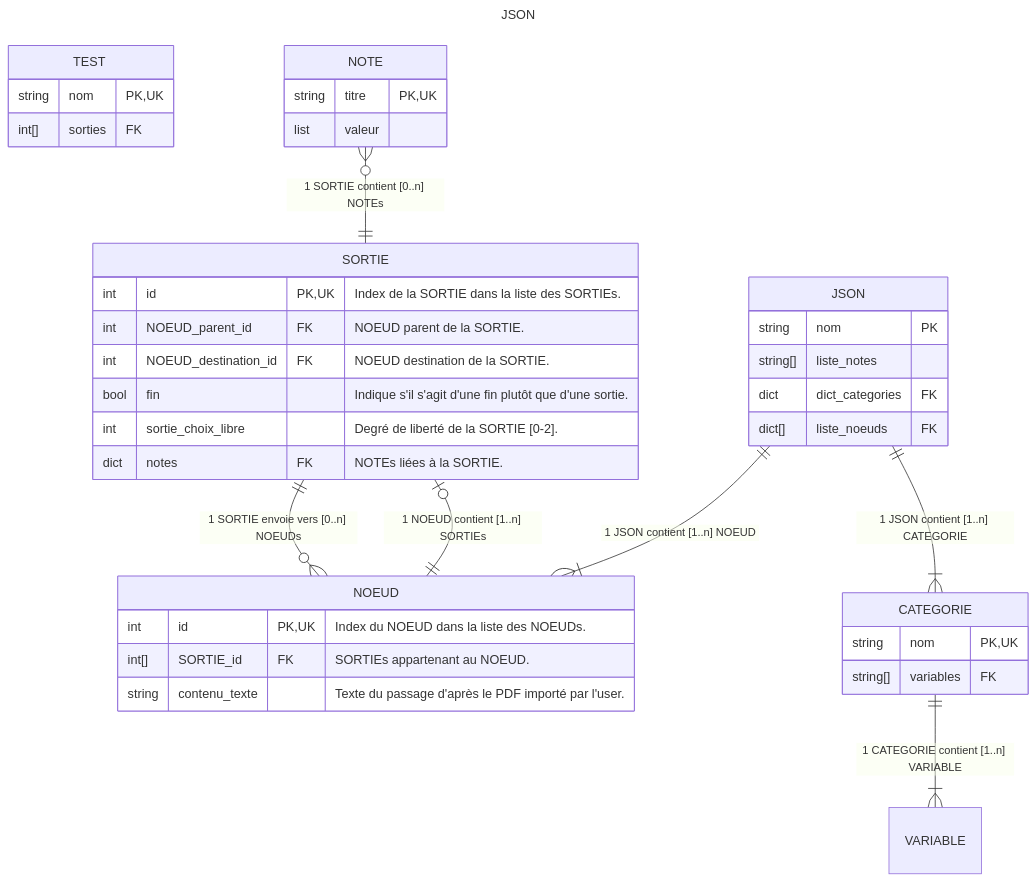
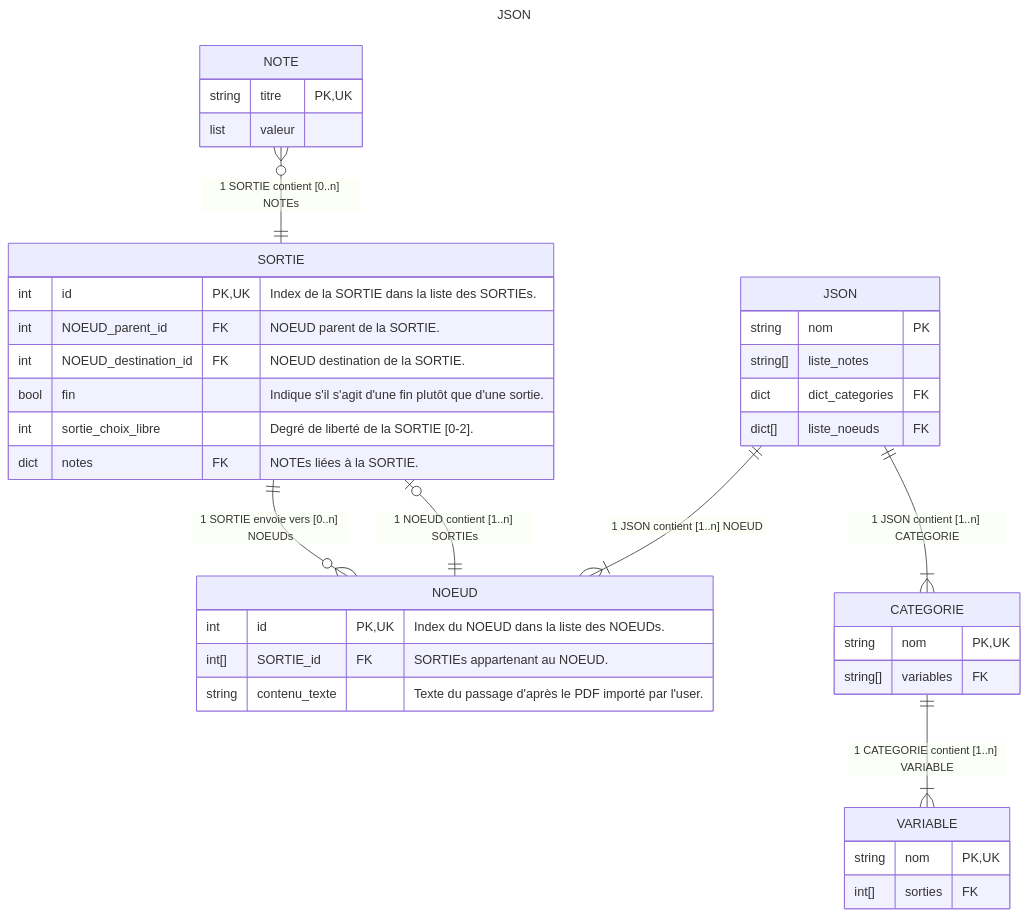
One commit to Hellorelei/Ficus changed the diagram in projet/er_diagram.md. Above: the diagram before and after it, drawn with Mermaid.

Commit message:
Update er_diagram.md
Fixed bug with MermaidJS rendering

````diff
--- a/projet/er_diagram.md
+++ b/projet/er_diagram.md
@@ -7,44 +7,44 @@
 ```mermaid
 ---
 title: JSON
 ---
 erDiagram
 JSON {
     string nom PK
     string[] liste_notes
     dict dict_categories FK
     dict[] liste_noeuds FK
 }
 JSON ||--|{ NOEUD : "1 JSON contient [1..n] NOEUD"
 JSON ||--|{ CATEGORIE : "1 JSON contient [1..n] CATEGORIE"
 CATEGORIE {
     string nom PK, UK
     string[] variables FK
 }
 CATEGORIE ||--|{ VARIABLE : "1 CATEGORIE contient [1..n] VARIABLE"
-TEST {
+VARIABLE {
     string nom PK, UK
     int[] sorties FK
 }
 NOEUD {
     int id PK, UK "Index du NOEUD dans la liste des NOEUDs."
     int[] SORTIE_id FK "SORTIEs appartenant au NOEUD."
     string contenu_texte "Texte du passage d'après le PDF importé par l'user."
 }
 SORTIE |o--|| NOEUD : "1 NOEUD contient [1..n] SORTIEs"
 SORTIE ||--o{ NOEUD : "1 SORTIE envoie vers [0..n] NOEUDs"
 SORTIE {
     int id PK, UK "Index de la SORTIE dans la liste des SORTIEs."
     int NOEUD_parent_id FK "NOEUD parent de la SORTIE."
     int NOEUD_destination_id FK "NOEUD destination de la SORTIE."
     bool fin "Indique s'il s'agit d'une fin plutôt que d'une sortie."
     int sortie_choix_libre "Degré de liberté de la SORTIE [0-2]."
     dict notes FK "NOTEs liées à la SORTIE."
 }
 NOTE }o--|| SORTIE : "1 SORTIE contient [0..n] NOTEs"
 NOTE {
     string titre PK, UK
     list valeur
 }
 
 ```
````
